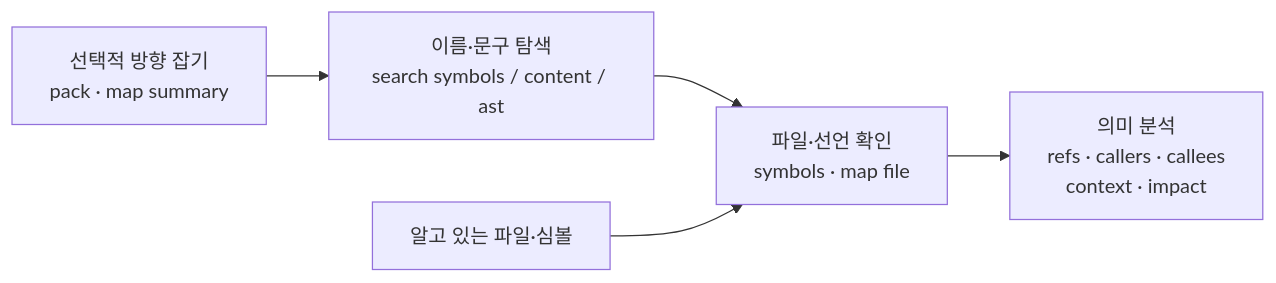
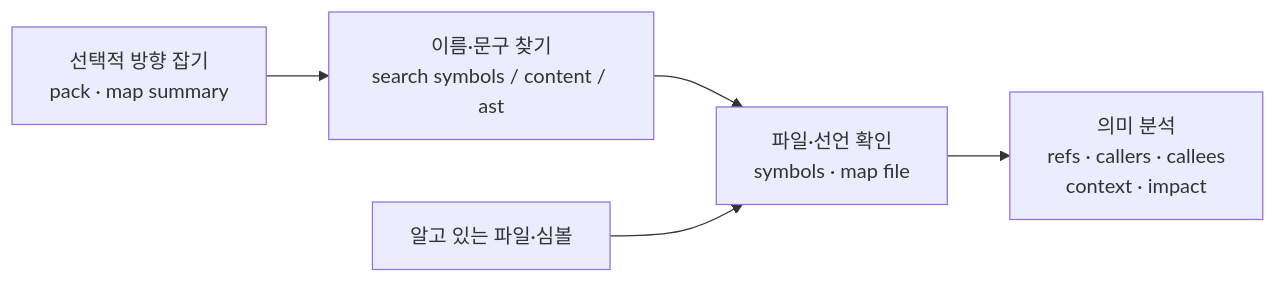
Before and after one commit to junyeong-ai/symora: the second of 2 diagrams in README.md, drawn with Mermaid. The commit also changed other lines of this file, not shown here.

````diff
--- a/README.md
+++ b/README.md
@@ -97,7 +97,7 @@
 ```mermaid
 flowchart LR
-    O["선택적 방향 잡기<br/>pack · map summary"] --> D["이름·문구 탐색<br/>search symbols / content / ast"]
+    O["선택적 방향 잡기<br/>pack · map summary"] --> D["이름·문구 찾기<br/>search symbols / content / ast"]
     D --> I["파일·선언 확인<br/>symbols · map file"]
     K["알고 있는 파일·심볼"] --> I
     I --> X["의미 분석<br/>refs · callers · callees<br/>context · impact"]
 ```
````
